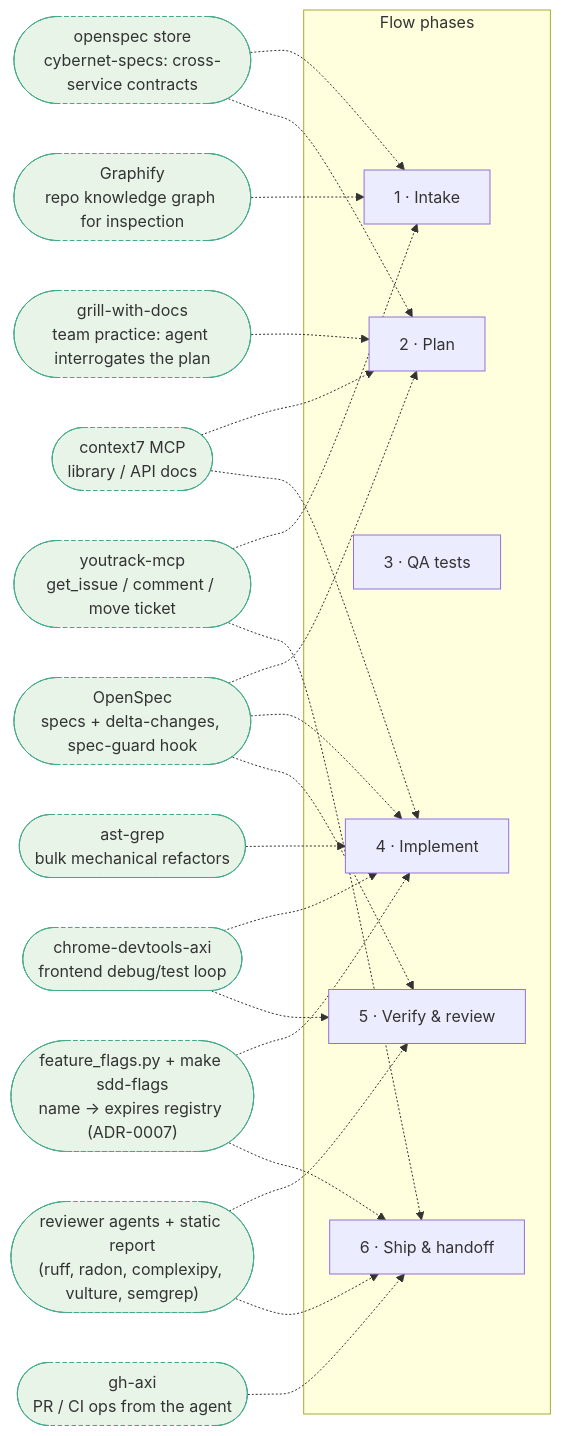
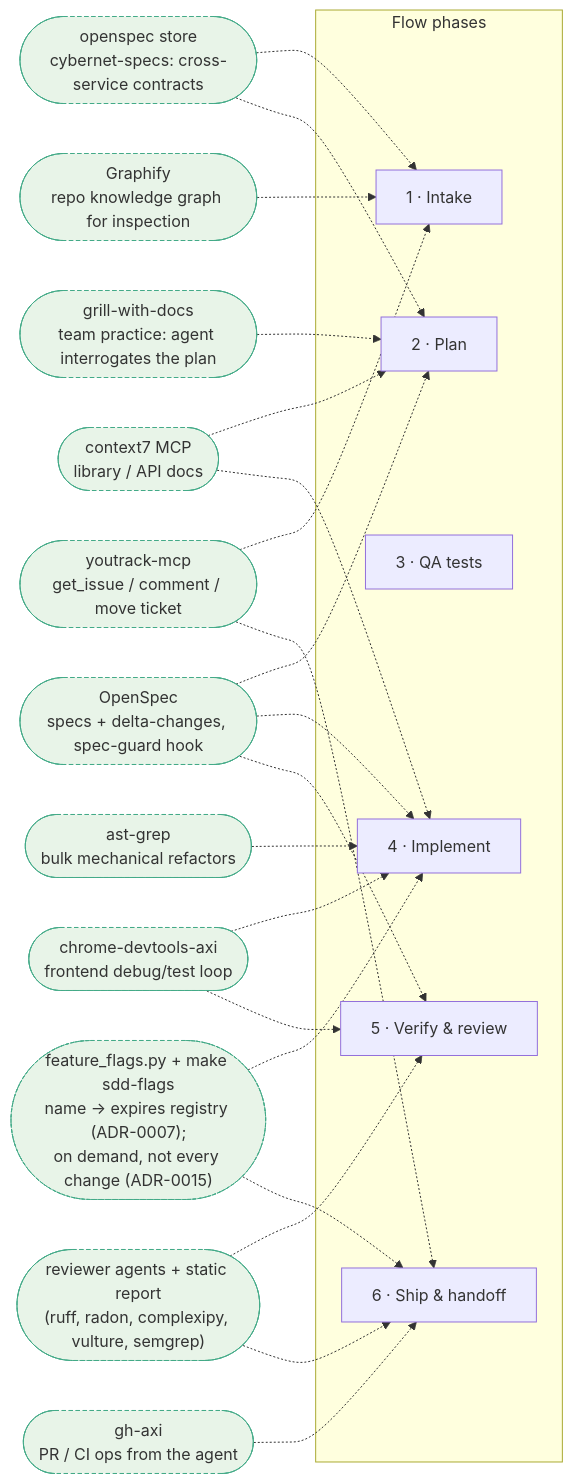
Before and after one commit to CybernetKZ/sdd-kit: the second of 2 diagrams in WORKFLOW.md, drawn with Mermaid. The commit also changed other lines of this file and 10 other files, not shown here.

````diff
--- a/WORKFLOW.md
+++ b/WORKFLOW.md
@@ -132,33 +132,33 @@
 ```mermaid
 flowchart LR
     subgraph PHASES["Flow phases"]
         P1["1 · Intake"]
         P2["2 · Plan"]
         P3["3 · QA tests"]
         P4["4 · Implement"]
         P5["5 · Verify & review"]
         P6["6 · Ship & handoff"]
     end
     YTMCP(["youtrack-mcp<br/>get_issue / comment / move ticket"]) -.-> P1
     YTMCP -.-> P6
     STORE(["openspec store<br/>cybernet-specs: cross-service contracts"]) -.-> P1
     STORE -.-> P2
     GRAPH(["Graphify<br/>repo knowledge graph for inspection"]) -.-> P1
     OS(["OpenSpec<br/>specs + delta-changes, spec-guard hook"]) -.-> P2
     OS -.-> P4
     OS -.-> P5
     GWD(["grill-with-docs<br/>team practice: agent interrogates the plan"]) -.-> P2
     C7(["context7 MCP<br/>library / API docs"]) -.-> P2
     C7 -.-> P4
     ASTG(["ast-grep<br/>bulk mechanical refactors"]) -.-> P4
     CDA(["chrome-devtools-axi<br/>frontend debug/test loop"]) -.-> P4
     CDA -.-> P5
-    FLAGS(["feature_flags.py + make sdd-flags<br/>name -> expires registry (ADR-0007)"]) -.-> P4
+    FLAGS(["feature_flags.py + make sdd-flags<br/>name -> expires registry (ADR-0007);<br/>on demand, not every change (ADR-0015)"]) -.-> P4
     FLAGS -.-> P6
     AGENTS(["reviewer agents + static report<br/>(ruff, radon, complexipy, vulture, semgrep)"]) -.-> P5
     AGENTS -.-> P6
     GHA(["gh-axi<br/>PR / CI ops from the agent"]) -.-> P6
 
     classDef tool fill:#e8f4e8,stroke:#4a8,stroke-dasharray: 4 3
     class YTMCP,STORE,GRAPH,C7,OS,GWD,ASTG,CDA,GHA,AGENTS,FLAGS tool
 ```
````
